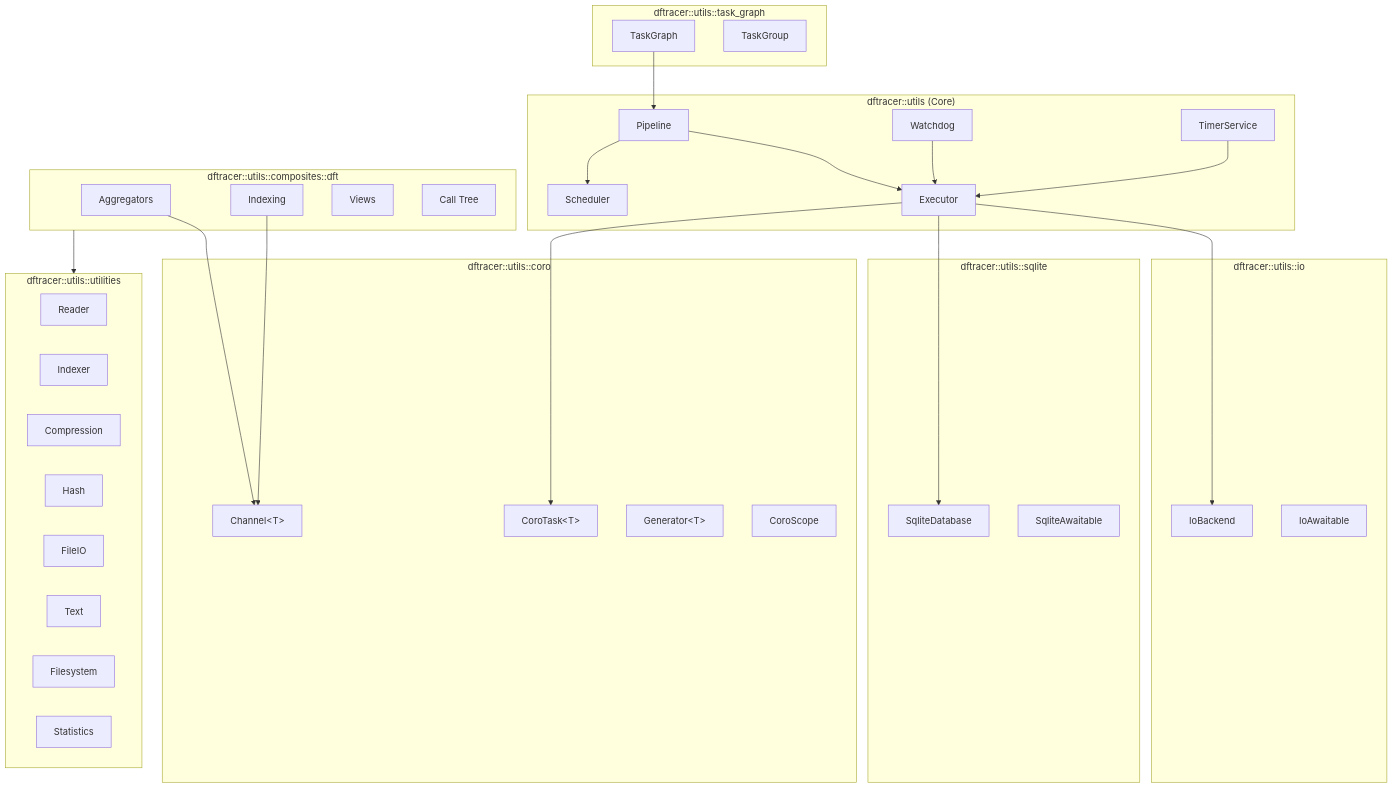
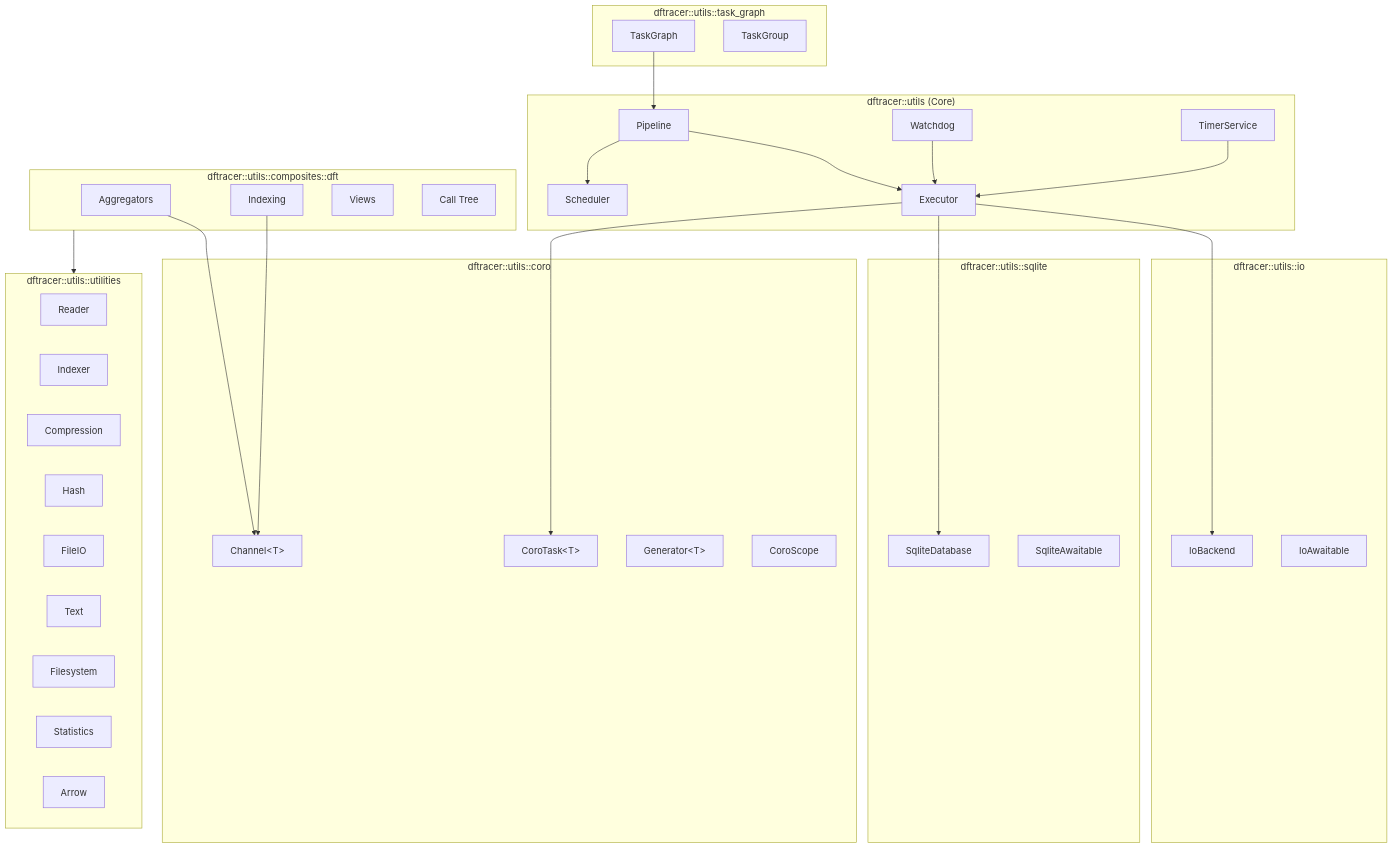
Before and after one commit to asparsa/ClarIOn: the diagram in docs/source/cpp_api/index.rst, drawn with Mermaid. The commit also changed other lines of this file and 31 other files, not shown here.

```diff
--- a/docs/source/cpp_api/index.rst
+++ b/docs/source/cpp_api/index.rst
@@ -44,62 +46,63 @@
 .. mermaid::
 
    graph TB
        subgraph Core["dftracer::utils (Core)"]
            Pipeline["Pipeline"]
            Executor["Executor"]
            Scheduler["Scheduler"]
            Watchdog["Watchdog"]
            TimerService["TimerService"]
        end
 
        subgraph Coro["dftracer::utils::coro"]
            CoroTask["CoroTask&lt;T&gt;"]
            Channel["Channel&lt;T&gt;"]
            Generator["Generator&lt;T&gt;"]
            CoroScope["CoroScope"]
        end
 
        subgraph IO["dftracer::utils::io"]
            IoBackend["IoBackend"]
            IoAwaitable["IoAwaitable"]
        end
 
        subgraph SQLite["dftracer::utils::sqlite"]
            SqliteDB["SqliteDatabase"]
            SqliteAwait["SqliteAwaitable"]
        end
 
        subgraph Utilities["dftracer::utils::utilities"]
            Reader["Reader"]
            Indexer["Indexer"]
            Compression["Compression"]
            Hash["Hash"]
            FileIO["FileIO"]
            Text["Text"]
            Filesystem["Filesystem"]
            Statistics["Statistics"]
+           Arrow["Arrow"]
        end
 
        subgraph DFT["dftracer::utils::composites::dft"]
            Aggregators["Aggregators"]
            Indexing["Indexing"]
            Views["Views"]
            CallTree["Call Tree"]
        end
 
        subgraph TaskGraph["dftracer::utils::task_graph"]
            TG["TaskGraph"]
            TGrp["TaskGroup"]
        end
 
        TG --> Pipeline
        Pipeline --> Executor
        Pipeline --> Scheduler
        Executor --> IoBackend
        Executor --> SqliteDB
        Executor --> CoroTask
        Watchdog --> Executor
        TimerService --> Executor
        DFT --> Utilities
        Aggregators --> Channel
        Indexing --> Channel
```
